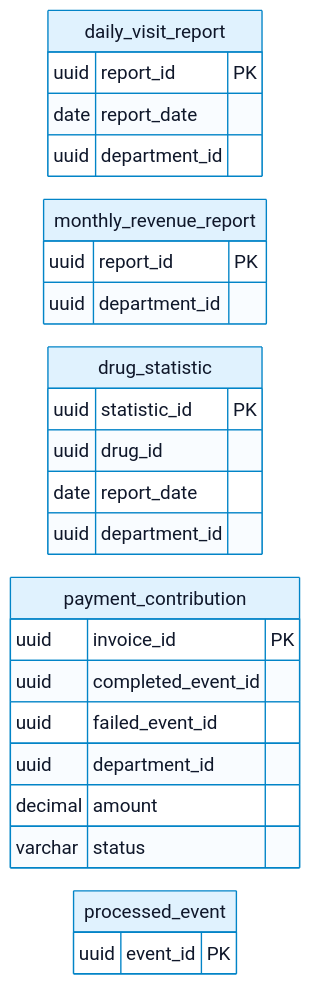
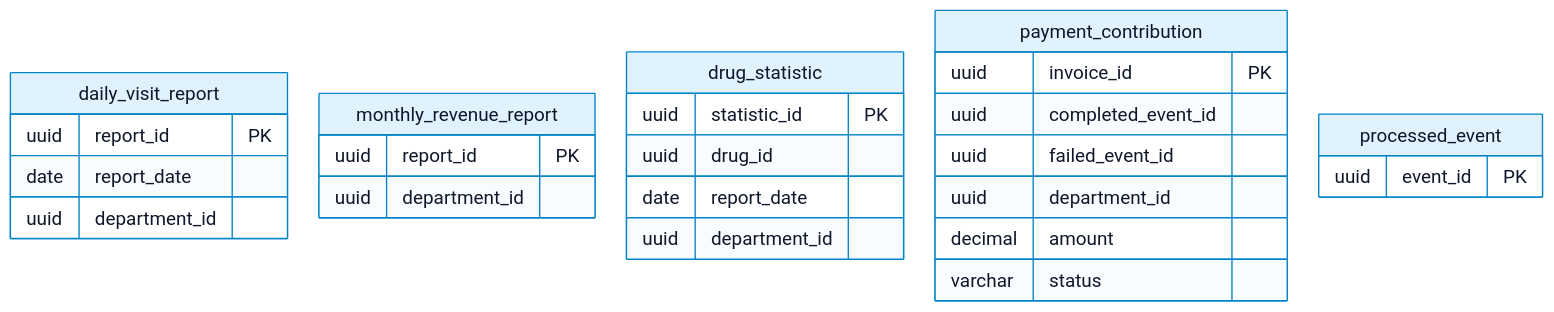
The diagram in docs/monitor_proj_progress/02-giai-doan-2-thiet-ke-giao-dien-tieu-chuan/review-2/word-compact/portrait/mermaid/22-vi.mmd (Dangvinh77/MediFlow), drawn with Mermaid before and after one commit. The commit also changed 593 other files, not shown here.

Commit message:
docs(review2): fix Word diagram exports and orientation layouts

```diff
--- a/docs/monitor_proj_progress/02-giai-doan-2-thiet-ke-giao-dien-tieu-chuan/review-2/word-compact/portrait/mermaid/22-vi.mmd
+++ b/docs/monitor_proj_progress/02-giai-doan-2-thiet-ke-giao-dien-tieu-chuan/review-2/word-compact/portrait/mermaid/22-vi.mmd
@@ -1,29 +1,31 @@
-%%{init: {"theme": "base", "securityLevel": "loose", "fontFamily": "Arial, sans-serif", "themeVariables": {"primaryColor": "#e0f2fe", "primaryTextColor": "#0f172a", "primaryBorderColor": "#0284c7", "lineColor": "#475569", "secondaryColor": "#ccfbf1", "tertiaryColor": "#f1f5f9", "background": "#ffffff", "mainBkg": "#e0f2fe", "nodeBorder": "#0284c7", "clusterBkg": "#f8fafc", "clusterBorder": "#94a3b8", "actorBkg": "#e0f2fe", "actorBorder": "#0284c7", "actorTextColor": "#0f172a", "signalColor": "#475569", "signalTextColor": "#0f172a", "labelBoxBkgColor": "#f1f5f9", "labelBoxBorderColor": "#94a3b8", "activationBkgColor": "#ccfbf1", "activationBorderColor": "#0f766e", "sequenceNumberColor": "#ffffff", "attributeBackgroundColorOdd": "#ffffff", "attributeBackgroundColorEven": "#f0f9ff", "fontSize": "18px"}, "flowchart": {"htmlLabels": true, "curve": "basis", "nodeSpacing": 16, "rankSpacing": 28, "padding": 8, "diagramPadding": 8, "wrappingWidth": 420}, "sequence": {"useMaxWidth": true, "wrap": true, "actorMargin": 22, "width": 125, "height": 45, "boxMargin": 6, "boxTextMargin": 4, "noteMargin": 7, "messageMargin": 20, "diagramMarginX": 8, "diagramMarginY": 8, "mirrorActors": false, "actorFontSize": 17, "messageFontSize": 16, "noteFontSize": 15, "wrapPadding": 6}, "er": {"useMaxWidth": true, "nodeSpacing": 22, "rankSpacing": 30, "diagramPadding": 8, "entityPadding": 10, "fontSize": 17}, "themeCSS": ".nodeLabel img { display:inline-block!important; width:28px!important; height:28px!important; vertical-align:middle!important; } .nodeLabel p { margin:0; }", "class": {"diagramPadding": 8, "nodeSpacing": 20, "rankSpacing": 30}}}%%
+%%{init: {"theme": "base", "securityLevel": "loose", "fontFamily": "Arial, sans-serif", "themeVariables": {"primaryColor": "#e0f2fe", "primaryTextColor": "#0f172a", "primaryBorderColor": "#0284c7", "lineColor": "#475569", "secondaryColor": "#ccfbf1", "tertiaryColor": "#f1f5f9", "background": "#ffffff", "mainBkg": "#e0f2fe", "nodeBorder": "#0284c7", "clusterBkg": "#f8fafc", "clusterBorder": "#94a3b8", "actorBkg": "#e0f2fe", "actorBorder": "#0284c7", "actorTextColor": "#0f172a", "signalColor": "#475569", "signalTextColor": "#0f172a", "labelBoxBkgColor": "#f1f5f9", "labelBoxBorderColor": "#94a3b8", "activationBkgColor": "#ccfbf1", "activationBorderColor": "#0f766e", "sequenceNumberColor": "#ffffff", "attributeBackgroundColorOdd": "#ffffff", "attributeBackgroundColorEven": "#f0f9ff", "fontSize": "18px"}, "flowchart": {"htmlLabels": true, "curve": "basis", "nodeSpacing": 24, "rankSpacing": 42, "padding": 12, "diagramPadding": 24, "wrappingWidth": 420, "subGraphTitleMargin": {"top": 10, "bottom": 32}}, "sequence": {"useMaxWidth": true, "wrap": true, "actorMargin": 30, "width": 140, "height": 55, "boxMargin": 14, "boxTextMargin": 8, "noteMargin": 16, "messageMargin": 34, "diagramMarginX": 24, "diagramMarginY": 24, "mirrorActors": true, "actorFontSize": 17, "messageFontSize": 16, "noteFontSize": 16, "wrapPadding": 10}, "er": {"useMaxWidth": true, "nodeSpacing": 30, "rankSpacing": 42, "diagramPadding": 24, "entityPadding": 10, "fontSize": 17}, "themeCSS": ".nodeLabel img { display:inline-block!important; width:28px!important; height:28px!important; vertical-align:middle!important; } .nodeLabel p { margin:0; }", "class": {"diagramPadding": 24, "nodeSpacing": 32, "rankSpacing": 45}}}%%
 erDiagram
- direction LR
+ direction TB
  daily_visit_report {
   uuid report_id PK
   date report_date
   uuid department_id
  }
  monthly_revenue_report {
   uuid report_id PK
   uuid department_id
  }
  drug_statistic {
   uuid statistic_id PK
   uuid drug_id
   date report_date
   uuid department_id
  }
  payment_contribution {
   uuid invoice_id PK
   uuid completed_event_id
   uuid failed_event_id
   uuid department_id
   decimal amount
   varchar status
  }
  processed_event {
   uuid event_id PK
  }
+
+%% Word entity-grid columns: 2
```
